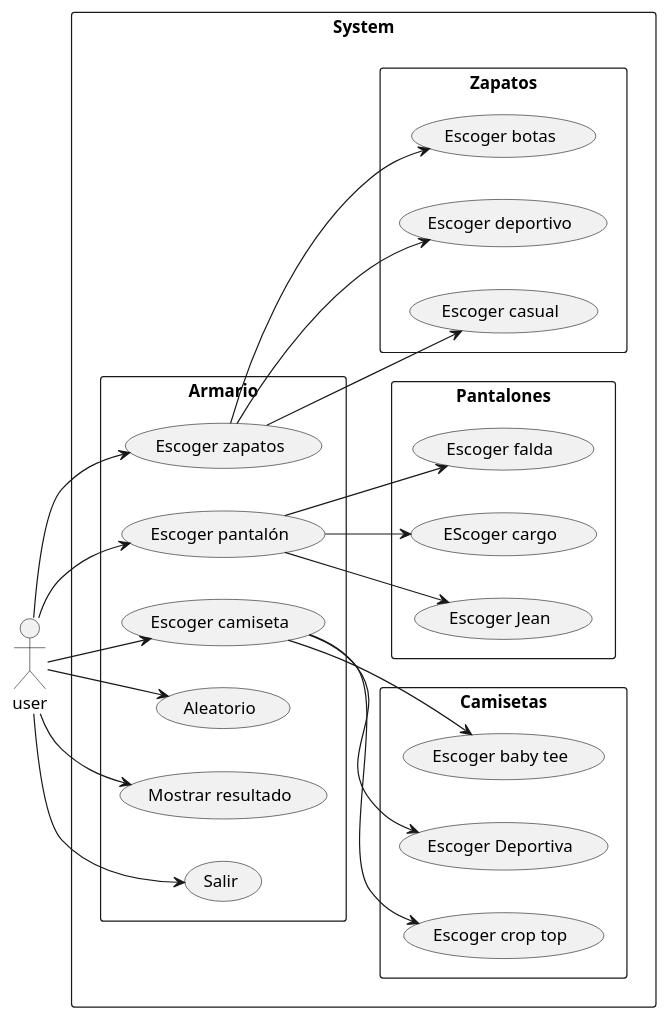
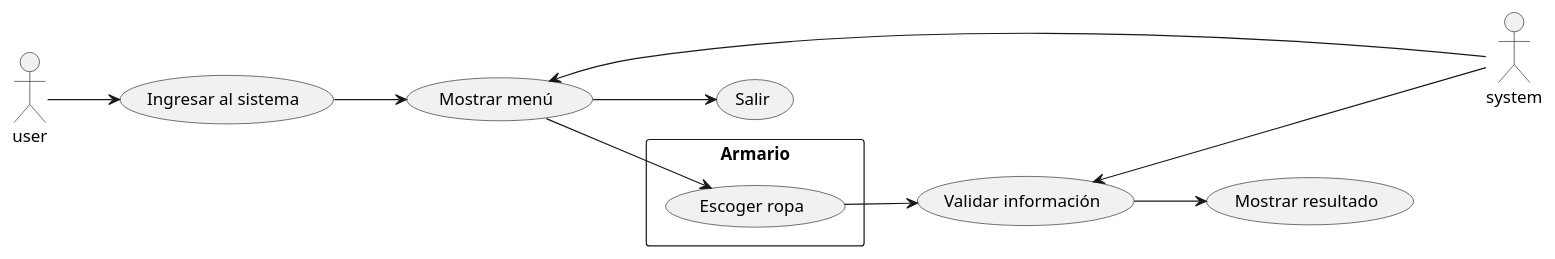
The diagram in diagramaCasosDeUso.plantuml (lauraax/programaDiagnostico), drawn with PlantUML before and after one commit. The commit also changed 2 other files, not shown here.

```diff
--- a/diagramaCasosDeUso.plantuml
+++ b/diagramaCasosDeUso.plantuml
@@ -1,57 +1,33 @@
 @startuml
 
 left to right direction
 actor user as us
+actor system as sys
 
-rectangle System {
+
+    usecase "Ingresar al sistema" as UC1
 
 rectangle Armario{
-    usecase "Escoger camiseta" as UC1
-    usecase "Escoger pantalón" as UC2
-    usecase "Escoger zapatos" as UC3
-    usecase "Aleatorio" as UC4
+    usecase "Escoger ropa" as UC2
+}
+
+    usecase "Validar información" as UC4
     usecase "Mostrar resultado" as UC5
     usecase "Salir" as UC6
-
-}
-
-rectangle Camisetas{
-    usecase "Escoger baby tee" as UC1.1
-    usecase "Escoger Deportiva" as UC1.2
-    usecase "Escoger crop top" as UC1.3
-}
-
-rectangle Pantalones{
-    usecase "Escoger falda" as UC2.1
-    usecase "EScoger cargo" as UC2.2
-    usecase "Escoger Jean" as UC2.3
-}
-
-rectangle Zapatos{
-    usecase "Escoger botas" as UC3.1
-    usecase "Escoger deportivo" as UC3.2
-    usecase "Escoger casual" as UC3.3
-}
-
-}
+    usecase "Mostrar menú" as UC7
 
 us --> UC1
-us --> UC2
-us --> UC3
-us --> UC4
-us --> UC5
-us --> UC6
 
-UC1 --> UC1.1
-UC1 --> UC1.2
-UC1 --> UC1.3
+UC1 --> UC7
+UC7 <-- sys
 
-UC2 --> UC2.1
-UC2 --> UC2.2
-UC2 --> UC2.3
+UC7 --> UC2
+UC7 --> UC6
 
-UC3 --> UC3.1
-UC3 --> UC3.2
-UC3 --> UC3.3
+UC2 --> UC4
+UC4 <--- sys
+
+UC4 --> UC5
+
 
 @enduml
```
